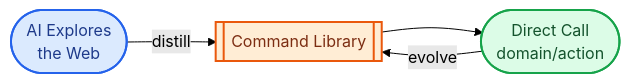
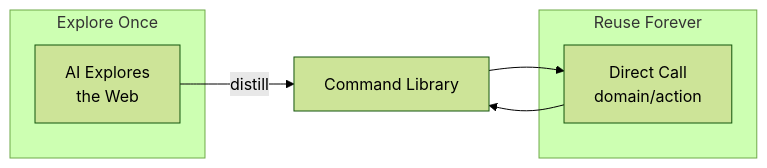
Before and after one commit to bqw1013/WebSculpt: the diagram in README_en.md, drawn with Mermaid (forest theme). The commit also changed 1 other file, not shown here.

Commit message:
docs: revert mermaid flowchart to original version

````diff
--- a/README_en.md
+++ b/README_en.md
@@ -17,14 +17,12 @@
 ```mermaid
 flowchart LR
-    A([AI Explores<br/>the Web]) -->|distill| B[[Command Library]]
-    B --> C([Direct Call<br/>domain/action])
-    C -->|evolve| B
-
-    classDef explore fill:#dbeafe,stroke:#2563eb,stroke-width:2px,color:#1e3a8a
-    classDef store fill:#ffedd5,stroke:#ea580c,stroke-width:2px,color:#7c2d12
-    classDef reuse fill:#dcfce7,stroke:#16a34a,stroke-width:2px,color:#14532d
-
-    class A explore
-    class B store
-    class C reuse
+    subgraph Explore["Explore Once"]
+        A[AI Explores<br/>the Web]
+    end
+    subgraph Reuse["Reuse Forever"]
+        B[Direct Call<br/>domain/action]
+    end
+    A -->|"distill"| C[Command Library]
+    C --> B
+    B --> C
 ```
````
